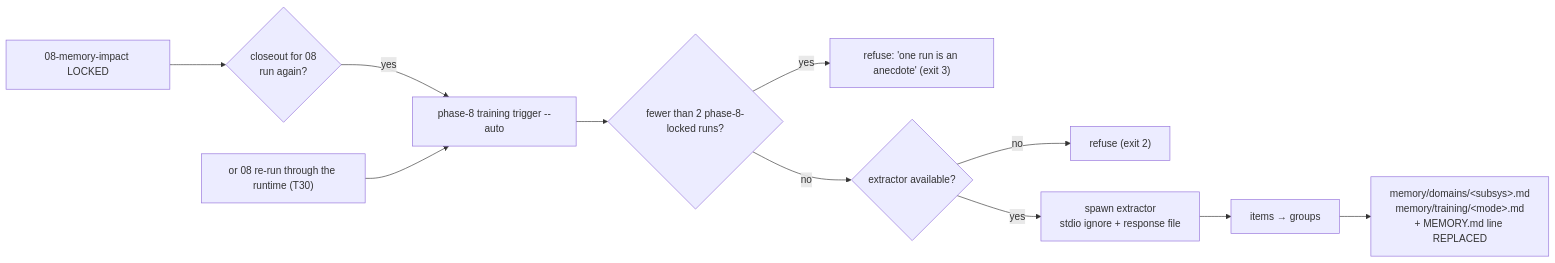
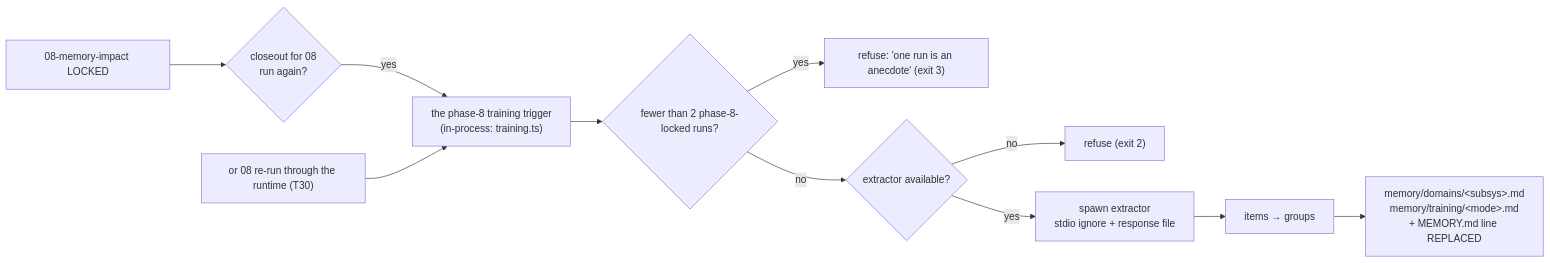
One commit to try-works/dsh-recursive-mode changed the sixth of 6 diagrams in WORKFLOW.md. Above: the diagram before and after it, drawn with Mermaid. The commit also changed other lines of this file and 42 other files, not shown here.

````diff
--- a/WORKFLOW.md
+++ b/WORKFLOW.md
@@ -183,13 +183,13 @@
 ```mermaid
 flowchart LR
   A["08-memory-impact LOCKED"] --> B{"closeout for 08<br/>run again?"}
-  B -->|yes| C["phase-8 training trigger --auto"]
+  B -->|yes| C["the phase-8 training trigger<br/>(in-process: training.ts)"]
   A2["or 08 re-run through the runtime (T30)"] --> C
   C --> D{"fewer than 2 phase-8-locked runs?"}
   D -->|yes| E["refuse: 'one run is an anecdote' (exit 3)"]
   D -->|no| F{"extractor available?"}
   F -->|no| G["refuse (exit 2)"]
   F -->|yes| H["spawn extractor<br/>stdio ignore + response file"]
   H --> I["items → groups"]
   I --> J["memory/domains/&lt;subsys&gt;.md<br/>memory/training/&lt;mode&gt;.md<br/>+ MEMORY.md line REPLACED"]
 ```
````
